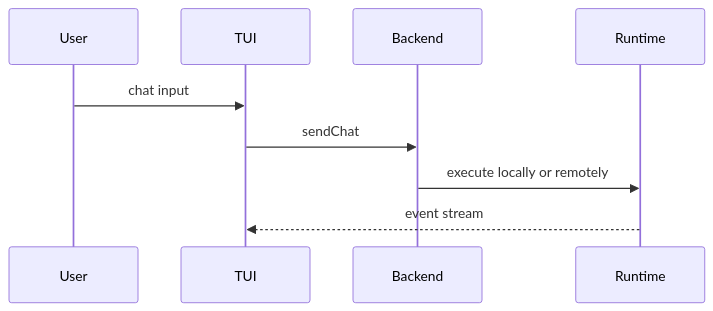
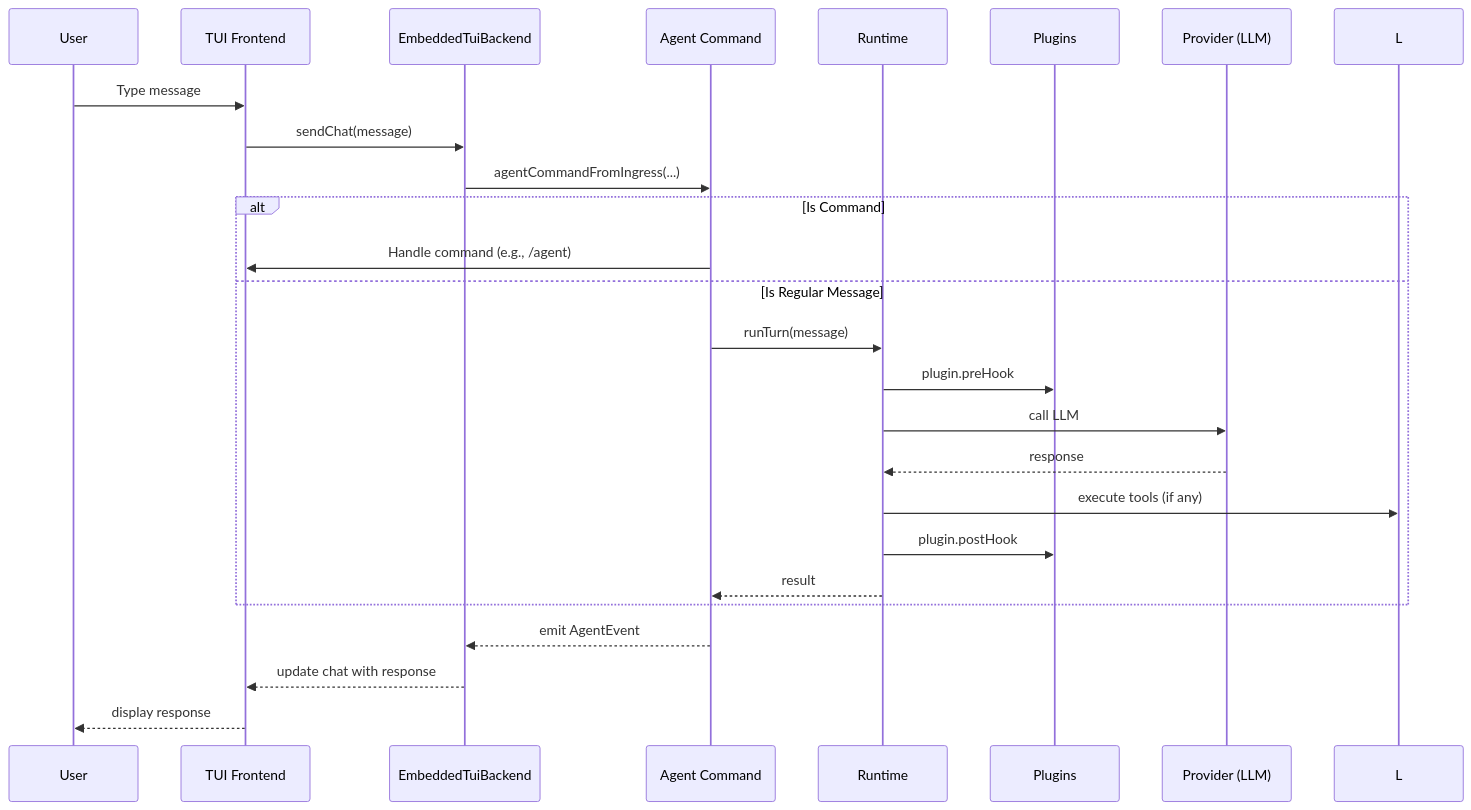
One commit to dyphn1/openclaw-analysis-materials changed the second of 2 diagrams in features/03-use-local-tui-and-terminal-chat/README.md. Above: the diagram before and after it, drawn with Mermaid. The commit also changed other lines of this file and 1 other file, not shown here.

````diff
--- a/features/03-use-local-tui-and-terminal-chat/README.md
+++ b/features/03-use-local-tui-and-terminal-chat/README.md
@@ -26,11 +96,27 @@
 ```mermaid
 sequenceDiagram
-	participant U as User
-	participant T as TUI
-	participant B as Backend
-	participant R as Runtime
-	U->>T: chat input
-	T->>B: sendChat
-	B->>R: execute locally or remotely
-	R-->>T: event stream
+    participant U as User
+    participant T as TUI Frontend
+    participant B as EmbeddedTuiBackend
+    participant A as Agent Command
+    participant R as Runtime
+    participant P as Plugins
+    participant V as Provider (LLM)
+    U->>T: Type message
+    T->>B: sendChat(message)
+    B->>A: agentCommandFromIngress(...)
+    alt Is Command
+        A->>T: Handle command (e.g., /agent)
+    else Is Regular Message
+        A->>R: runTurn(message)
+        R->>P: plugin.preHook
+        R->>V: call LLM
+        V-->>R: response
+        R->>L: execute tools (if any)
+        R->>P: plugin.postHook
+        R-->>A: result
+    end
+    A-->>B: emit AgentEvent
+    B-->>T: update chat with response
+    T-->>U: display response
 ```
````
